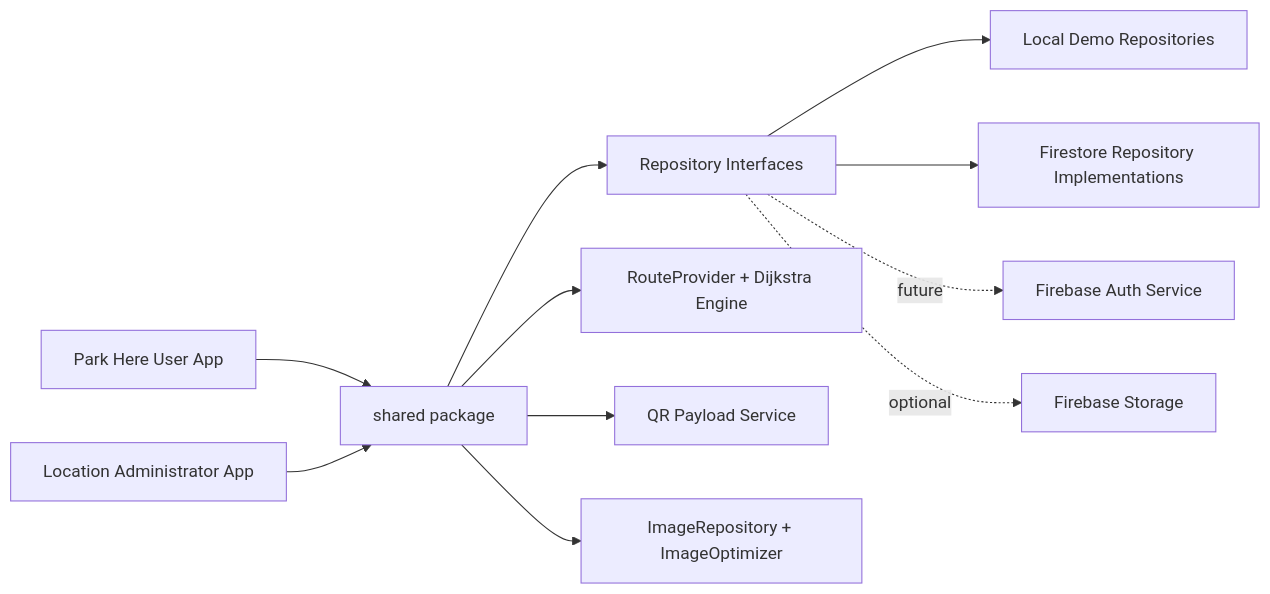
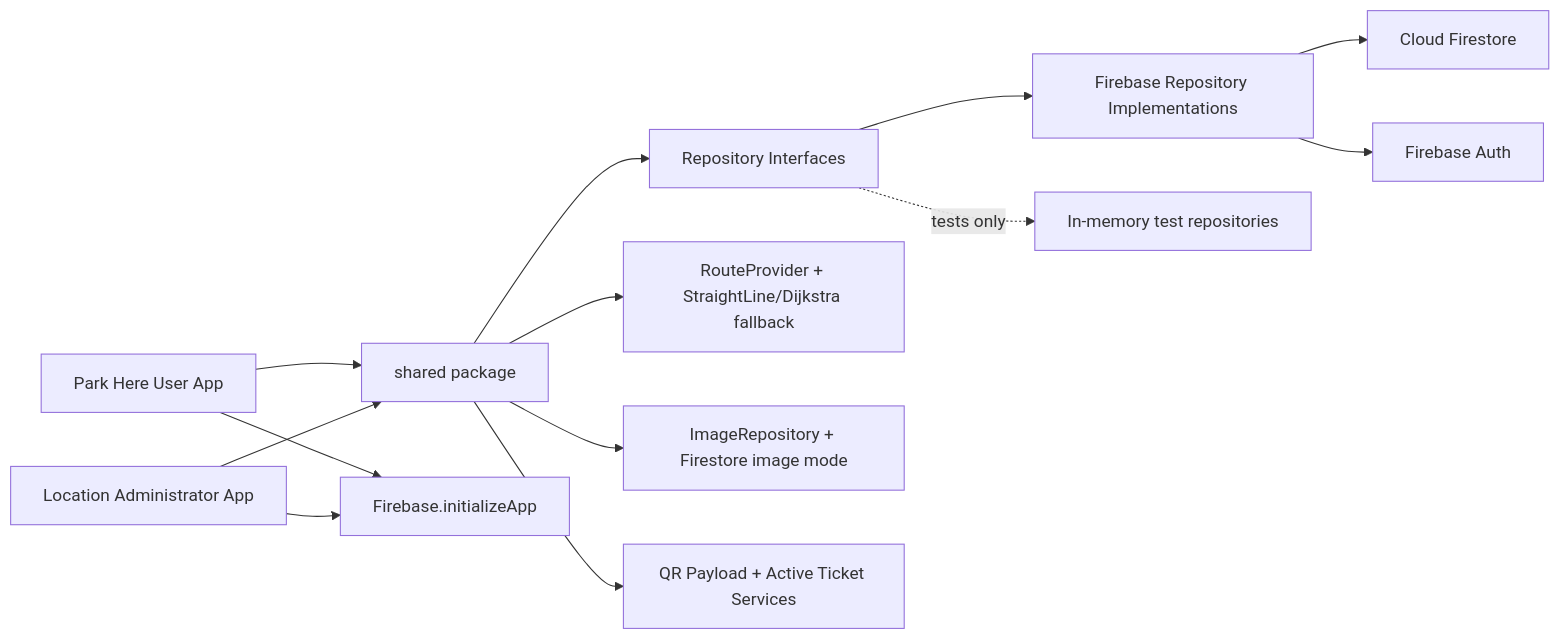
One commit to snehil-pandey/smart-parking-occupancy-system changed the first of 10 diagrams in docs/ARCHITECTURE.md. Above: the diagram before and after it, drawn with Mermaid. The commit also changed other lines of this file and 5 other files, not shown here.

Commit message:
docs(firebase): update setup and runtime data flow

````diff
--- a/docs/ARCHITECTURE.md
+++ b/docs/ARCHITECTURE.md
@@ -5,13 +7,15 @@
 ```mermaid
 flowchart LR
   UserApp["Park Here User App"] --> Shared["shared package"]
   AdminApp["Location Administrator App"] --> Shared
-  Shared --> Repos["Repository Interfaces"]
-  Repos --> Local["Local Demo Repositories"]
-  Repos --> Firestore["Firestore Repository Implementations"]
-  Repos -. future .-> FirebaseAuth["Firebase Auth Service"]
-  Repos -. optional .-> Storage["Firebase Storage"]
-  Shared --> Routing["RouteProvider + Dijkstra Engine"]
-  Shared --> QR["QR Payload Service"]
-  Shared --> Images["ImageRepository + ImageOptimizer"]
+  UserApp --> FirebaseInit["Firebase.initializeApp"]
+  AdminApp --> FirebaseInit
+  Shared --> Contracts["Repository Interfaces"]
+  Contracts --> FirebaseRepos["Firebase Repository Implementations"]
+  Contracts -. tests only .-> LocalRepos["In-memory test repositories"]
+  FirebaseRepos --> Firestore["Cloud Firestore"]
+  FirebaseRepos --> Auth["Firebase Auth"]
+  Shared --> Routing["RouteProvider + StraightLine/Dijkstra fallback"]
+  Shared --> Images["ImageRepository + Firestore image mode"]
+  Shared --> QR["QR Payload + Active Ticket Services"]
 ```
````
